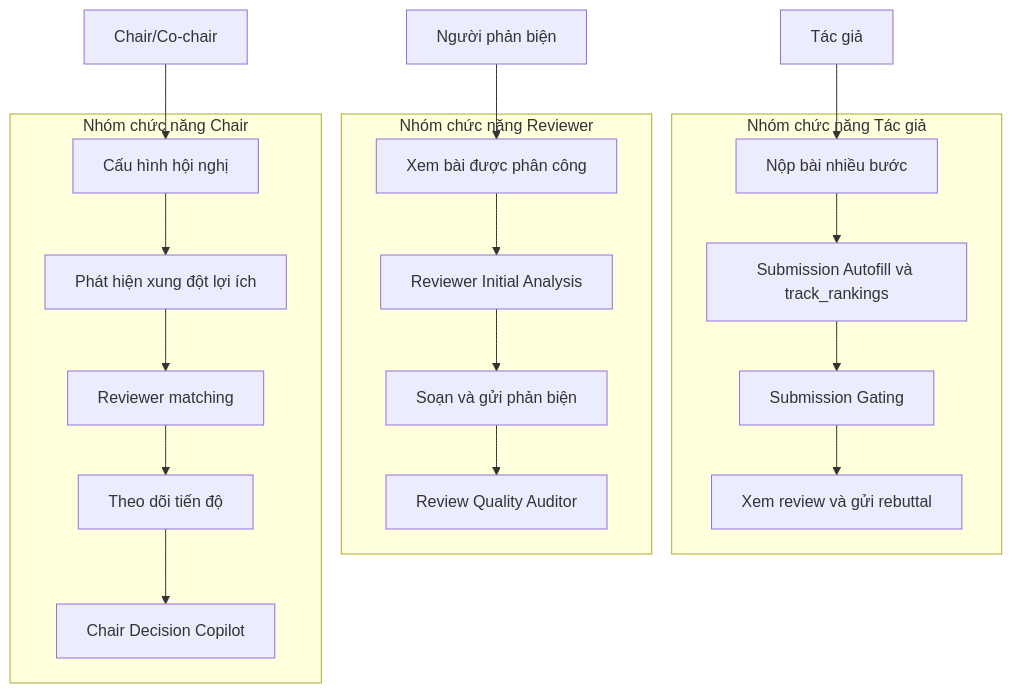
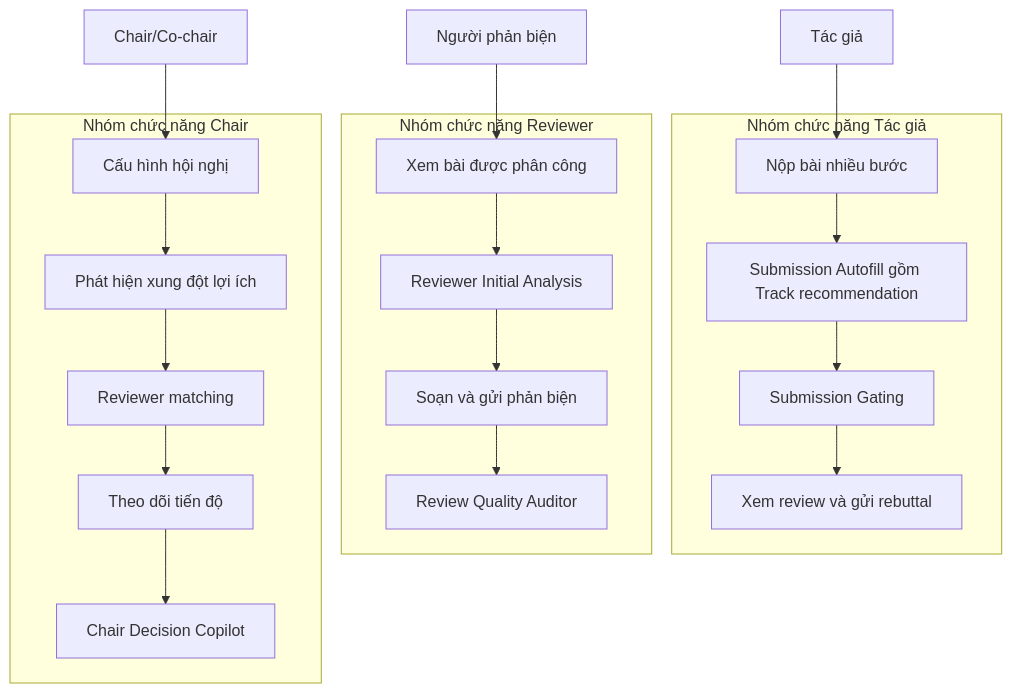
The second of 19 diagrams in docs/report/compiled/final_combined/03-xay-dung-he-thong.md (5CLCsCan/ConferenceSpace), drawn with Mermaid before and after one commit. The commit also changed other lines of this file and 3 other files, not shown here.

Commit message:
Clarify track recommendation placement

````diff
--- a/docs/report/compiled/final_combined/03-xay-dung-he-thong.md
+++ b/docs/report/compiled/final_combined/03-xay-dung-he-thong.md
@@ -99,32 +99,32 @@
 ```mermaid
 flowchart TD
     Author["Tác giả"]
     Reviewer["Người phản biện"]
     Chair["Chair/Co-chair"]
 
     subgraph A["Nhóm chức năng Tác giả"]
         A1["Nộp bài nhiều bước"]
-        A2["Submission Autofill và track_rankings"]
+        A2["Submission Autofill gồm Track recommendation"]
         A3["Submission Gating"]
         A4["Xem review và gửi rebuttal"]
     end
 
     subgraph R["Nhóm chức năng Reviewer"]
         R1["Xem bài được phân công"]
         R2["Reviewer Initial Analysis"]
         R3["Soạn và gửi phản biện"]
         R4["Review Quality Auditor"]
     end
 
     subgraph C["Nhóm chức năng Chair"]
         C1["Cấu hình hội nghị"]
         C2["Phát hiện xung đột lợi ích"]
         C3["Reviewer matching"]
         C4["Theo dõi tiến độ"]
         C5["Chair Decision Copilot"]
     end
 
     Author --> A1 --> A2 --> A3 --> A4
     Reviewer --> R1 --> R2 --> R3 --> R4
     Chair --> C1 --> C2 --> C3 --> C4 --> C5
 ```
````
